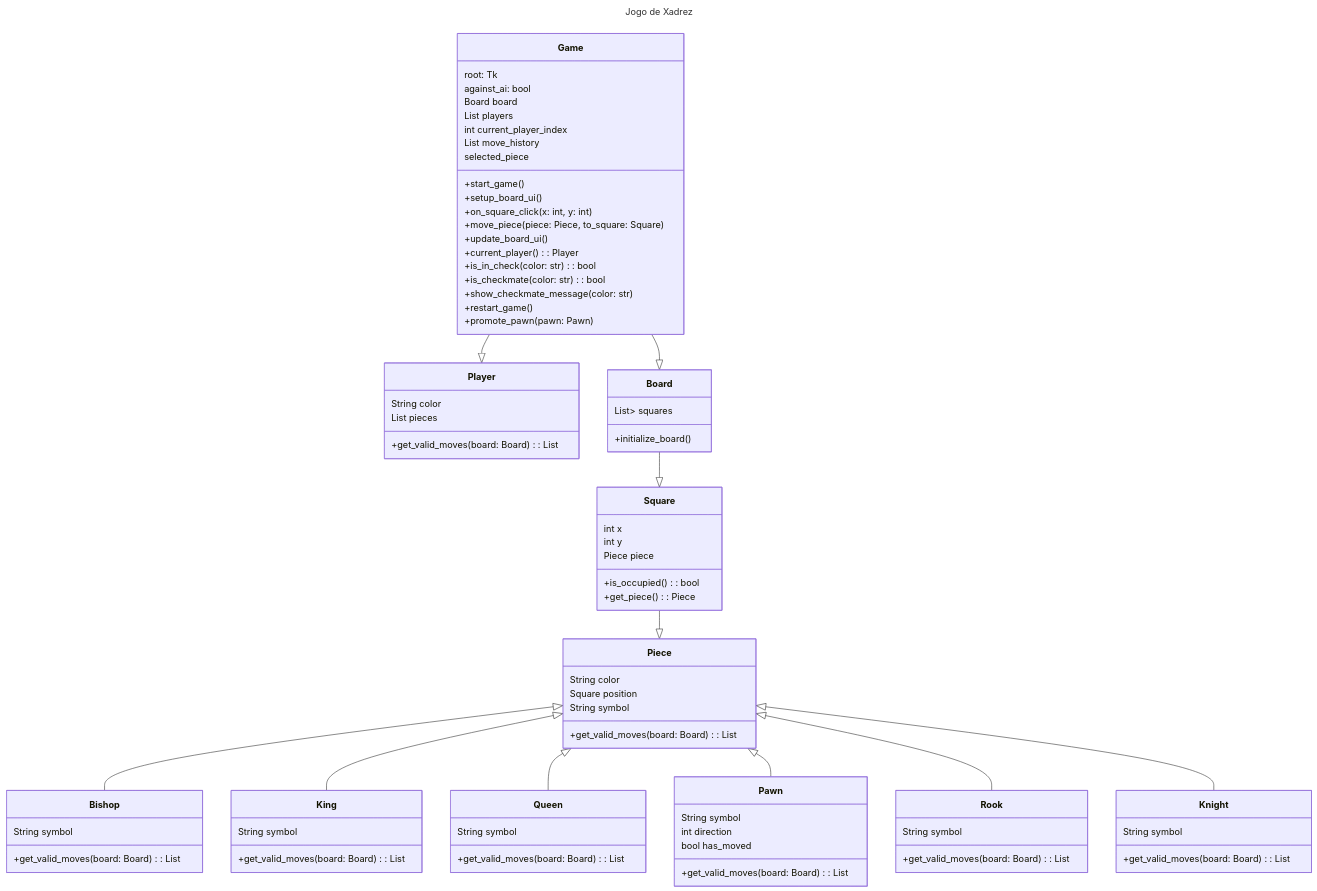
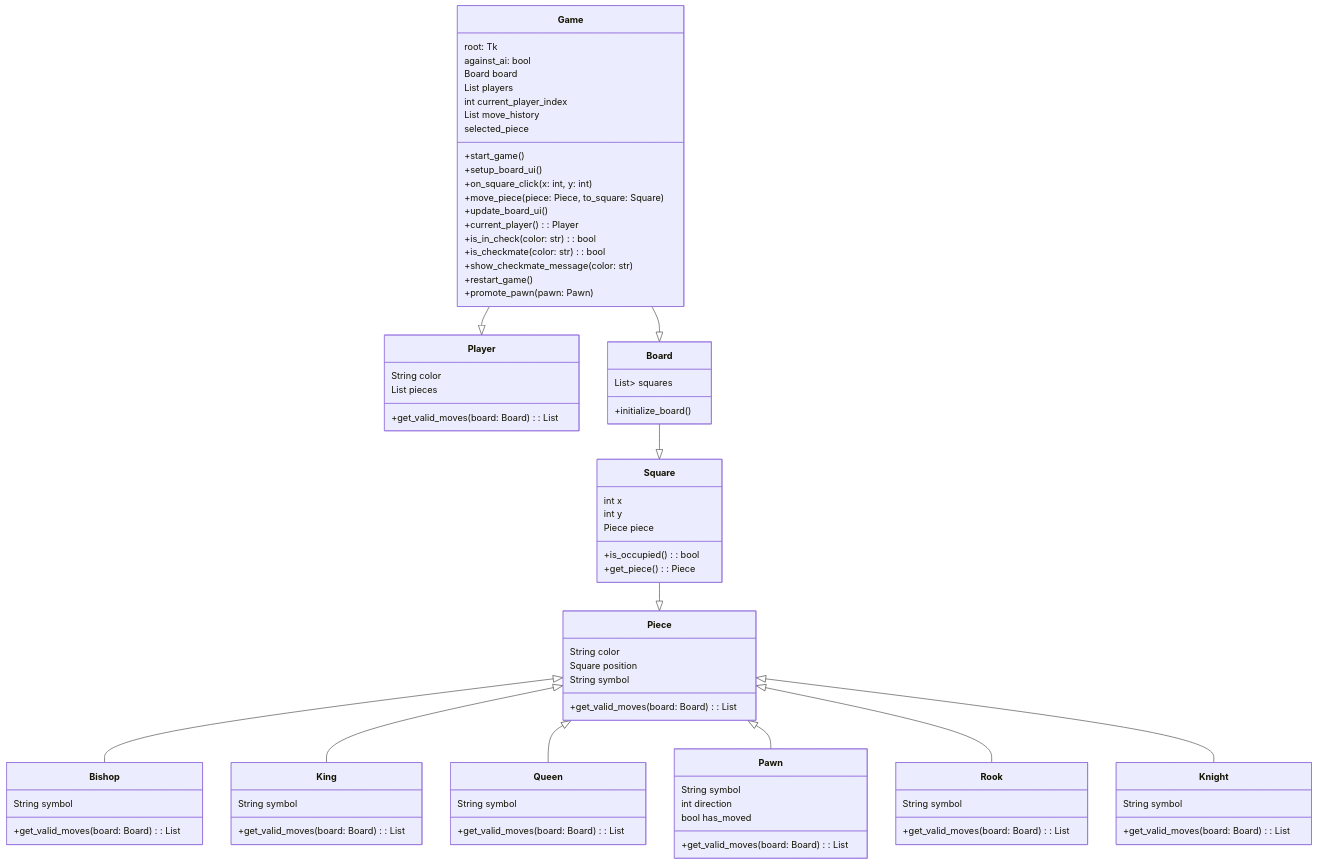
One commit to DenielR/Trab-xadrez changed the first of 2 diagrams in README.md. Above: the diagram before and after it, drawn with Mermaid. The commit also changed other lines of this file, not shown here.

Commit message:
Diagrama de Sequência.md

````diff
--- a/README.md
+++ b/README.md
@@ -1,7 +3,4 @@
 ```mermaid
----
-title: Jogo de Xadrez
----
 classDiagram
 
 class Player{
````
